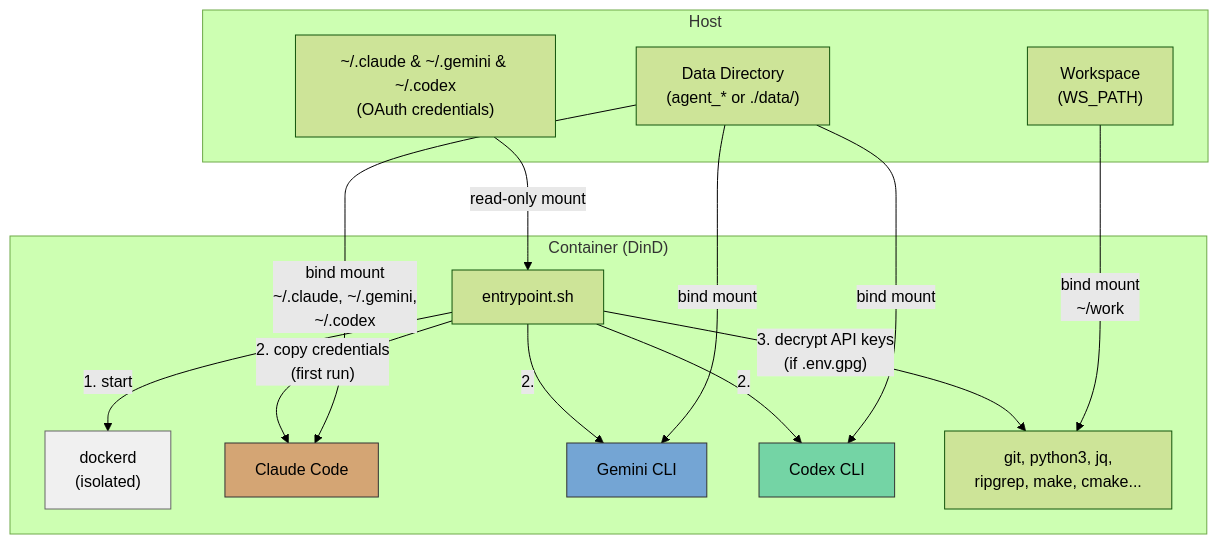
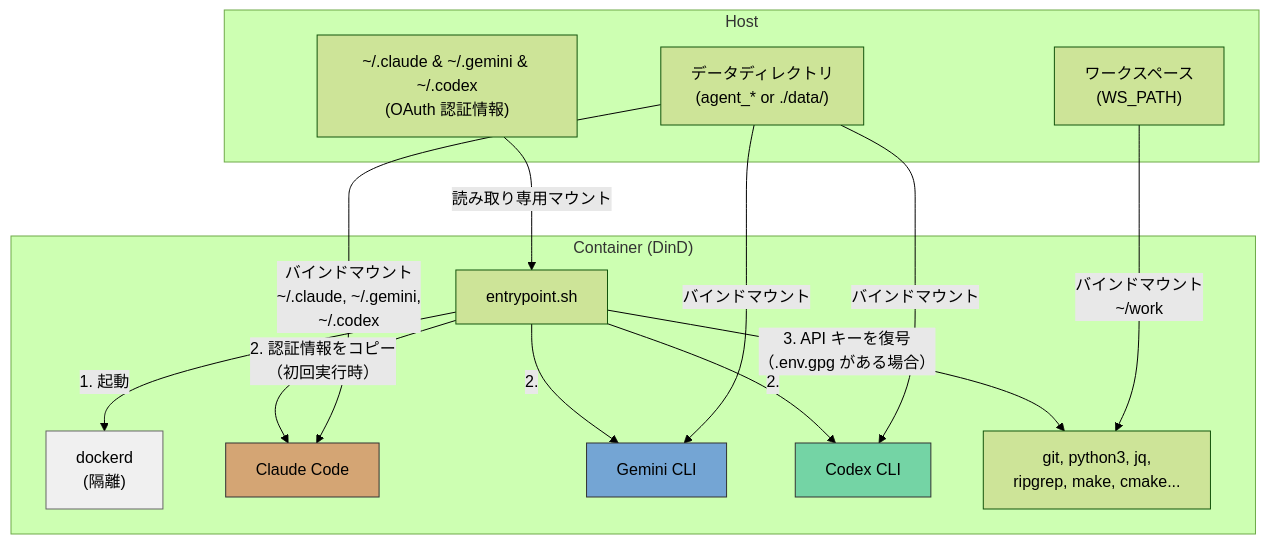
Before and after one commit to ycpss91255-docker/ai_agent: the first of 3 diagrams in doc/README.ja.md, drawn with Mermaid (forest theme). The commit also changed other lines of this file and 2 other files, not shown here.

Commit message:
docs: keep 'smoke test' as proper noun in i18n
Do not translate 'smoke test' — it is a proper noun.

````diff
--- a/doc/README.ja.md
+++ b/doc/README.ja.md
@@ -42,34 +42,34 @@
 ```mermaid
 graph TB
     subgraph Host
-        H_OAuth["~/.claude & ~/.gemini & ~/.codex<br/>(OAuth credentials)"]
-        H_WS["Workspace<br/>(WS_PATH)"]
-        H_Data["Data Directory<br/>(agent_* or ./data/)"]
+        H_OAuth["~/.claude & ~/.gemini & ~/.codex<br/>(OAuth 認証情報)"]
+        H_WS["ワークスペース<br/>(WS_PATH)"]
+        H_Data["データディレクトリ<br/>(agent_* or ./data/)"]
     end
 
     subgraph "Container (DinD)"
         EP["entrypoint.sh"]
-        DinD["dockerd<br/>(isolated)"]
+        DinD["dockerd<br/>(隔離)"]
         Claude["Claude Code"]
         Gemini["Gemini CLI"]
         Codex["Codex CLI"]
         Tools["git, python3, jq,<br/>ripgrep, make, cmake..."]
 
-        EP -->|"1. start"| DinD
-        EP -->|"2. copy credentials<br/>(first run)"| Claude
+        EP -->|"1. 起動"| DinD
+        EP -->|"2. 認証情報をコピー<br/>（初回実行時）"| Claude
         EP -->|"2."| Gemini
         EP -->|"2."| Codex
-        EP -->|"3. decrypt API keys<br/>(if .env.gpg)"| Tools
+        EP -->|"3. API キーを復号<br/>（.env.gpg がある場合）"| Tools
     end
 
-    H_OAuth -->|"read-only mount"| EP
-    H_WS -->|"bind mount<br/>~/work"| Tools
-    H_Data -->|"bind mount<br/>~/.claude, ~/.gemini,<br/>~/.codex"| Claude
-    H_Data -->|"bind mount"| Gemini
-    H_Data -->|"bind mount"| Codex
+    H_OAuth -->|"読み取り専用マウント"| EP
+    H_WS -->|"バインドマウント<br/>~/work"| Tools
+    H_Data -->|"バインドマウント<br/>~/.claude, ~/.gemini,<br/>~/.codex"| Claude
+    H_Data -->|"バインドマウント"| Gemini
+    H_Data -->|"バインドマウント"| Codex
 
     style DinD fill:#f0f0f0,stroke:#666
     style Claude fill:#d4a574,stroke:#333
     style Gemini fill:#74a5d4,stroke:#333
     style Codex fill:#74d4a5,stroke:#333
 ```
````
